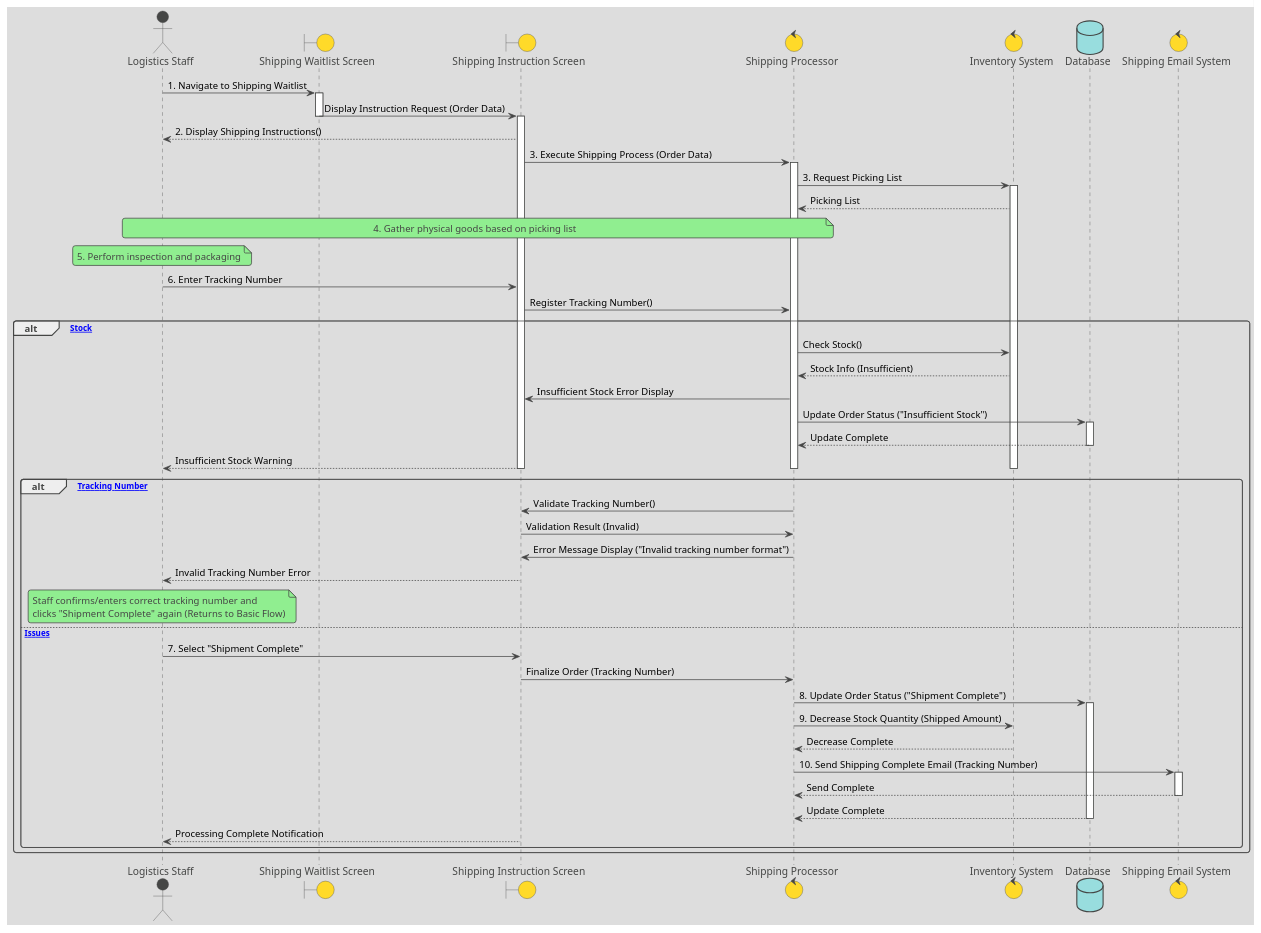
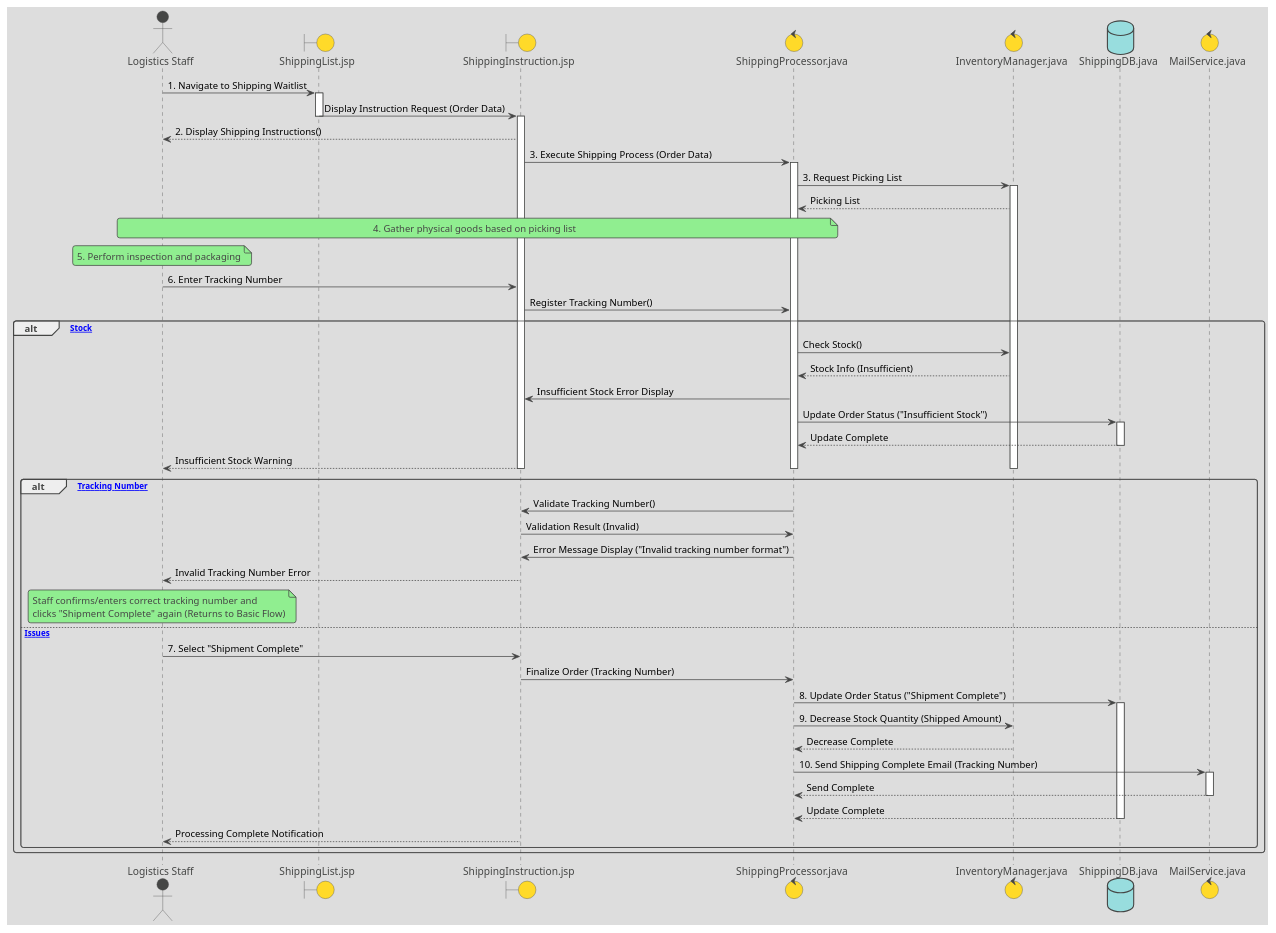
The diagram in Sequence_tyumon.pu (mameiku/group3-4), drawn with PlantUML before and after one commit. The commit also changed 3 other files, not shown here.

```diff
--- a/Sequence_tyumon.pu
+++ b/Sequence_tyumon.pu
@@ -1,114 +1,114 @@
 @startuml ShippingPreparationSequenceDiagram
 !theme toy
 
 ' ====================================================================
-' Participant Definitions (Based on Use Case Description)
+' Participant Definitions (Using .jsp and .java notation)
 ' ====================================================================
 actor LogisticsStaff as "Logistics Staff"
-boundary ShippingListScreen as "Shipping Waitlist Screen"
-boundary ShippingInstructionScreen as "Shipping Instruction Screen"
-control ShippingProcessor as "Shipping Processor"
-control InventorySystem as "Inventory System"
-database Database as "Database"
-control MailSystem as "Shipping Email System"
+boundary ShippingListJSP as "ShippingList.jsp"
+boundary ShippingInstructionJSP as "ShippingInstruction.jsp"
+control ShippingProcessorJava as "ShippingProcessor.java"
+control InventoryManagerJava as "InventoryManager.java"
+database ShippingDBJava as "ShippingDB.java"
+control MailServiceJava as "MailService.java"
 
 ' ====================================================================
 ' Basic Flow
 ' ====================================================================
 
 ' 1. Logistics staff navigates from the management screen to the "Shipping Waitlist".
-LogisticsStaff -> ShippingListScreen : 1. Navigate to Shipping Waitlist
-activate ShippingListScreen
+LogisticsStaff -> ShippingListJSP : 1. Navigate to Shipping Waitlist
+activate ShippingListJSP
 
 ' 2. The system selects an order awaiting shipment and displays "Shipping Instructions".
-ShippingListScreen -> ShippingInstructionScreen : Display Instruction Request (Order Data)
-deactivate ShippingListScreen
-activate ShippingInstructionScreen
+ShippingListJSP -> ShippingInstructionJSP : Display Instruction Request (Order Data)
+deactivate ShippingListJSP
+activate ShippingInstructionJSP
 
-ShippingInstructionScreen --> LogisticsStaff : 2. Display Shipping Instructions()
+ShippingInstructionJSP --> LogisticsStaff : 2. Display Shipping Instructions()
 
 ' 3. The system executes the shipping process based on the order and creates a picking list.
-ShippingInstructionScreen -> ShippingProcessor : 3. Execute Shipping Process (Order Data)
-activate ShippingProcessor
+ShippingInstructionJSP -> ShippingProcessorJava : 3. Execute Shipping Process (Order Data)
+activate ShippingProcessorJava
 
-ShippingProcessor -> InventorySystem : 3. Request Picking List
-activate InventorySystem
-InventorySystem --> ShippingProcessor : Picking List
+ShippingProcessorJava -> InventoryManagerJava : 3. Request Picking List
+activate InventoryManagerJava
+InventoryManagerJava --> ShippingProcessorJava : Picking List
 
 ' 4. The actor gathers physical goods from the warehouse based on the picking list.
-Note over LogisticsStaff, ShippingProcessor : 4. Gather physical goods based on picking list
+Note over LogisticsStaff, ShippingProcessorJava : 4. Gather physical goods based on picking list
 
 ' 5. The actor inspects and packs the goods.
 Note over LogisticsStaff : 5. Perform inspection and packaging
 
 ' 6. The actor issues the shipping slip and enters the tracking number into the system.
-LogisticsStaff -> ShippingInstructionScreen : 6. Enter Tracking Number
-ShippingInstructionScreen -> ShippingProcessor : Register Tracking Number()
+LogisticsStaff -> ShippingInstructionJSP : 6. Enter Tracking Number
+ShippingInstructionJSP -> ShippingProcessorJava : Register Tracking Number()
 
 ' --- Alternative Flow 1: Cannot ship due to insufficient stock (Fork at Basic Flow 3) ---
 alt [Insufficient Stock]
     ' Basic Flow 3. System checks stock.
-    ShippingProcessor -> InventorySystem : Check Stock()
-    InventorySystem --> ShippingProcessor : Stock Info (Insufficient)
+    ShippingProcessorJava -> InventoryManagerJava : Check Stock()
+    InventoryManagerJava --> ShippingProcessorJava : Stock Info (Insufficient)
     
     ' Alt 1-1. System detects insufficient stock during processing.
-    ShippingProcessor -> ShippingInstructionScreen : Insufficient Stock Error Display
+    ShippingProcessorJava -> ShippingInstructionJSP : Insufficient Stock Error Display
     
     ' Alt 1-2. System updates the order status to "Insufficient Stock".
-    ShippingProcessor -> Database : Update Order Status ("Insufficient Stock")
-    activate Database
-    Database --> ShippingProcessor : Update Complete
-    deactivate Database
+    ShippingProcessorJava -> ShippingDBJava : Update Order Status ("Insufficient Stock")
+    activate ShippingDBJava
+    ShippingDBJava --> ShippingProcessorJava : Update Complete
+    deactivate ShippingDBJava
 
     ' Alt 1-3. Display warning message to the actor.
-    ShippingInstructionScreen --> LogisticsStaff : Insufficient Stock Warning
+    ShippingInstructionJSP --> LogisticsStaff : Insufficient Stock Warning
 
-    deactivate InventorySystem
-    deactivate ShippingProcessor
-    deactivate ShippingInstructionScreen
+    deactivate InventoryManagerJava
+    deactivate ShippingProcessorJava
+    deactivate ShippingInstructionJSP
 
 ' --- Alternative Flow 2: Invalid format for tracking number (Fork at Basic Flow 6) ---
 alt [Invalid Tracking Number]
-    ShippingProcessor -> ShippingInstructionScreen : Validate Tracking Number()
-    ShippingInstructionScreen -> ShippingProcessor : Validation Result (Invalid)
+    ShippingProcessorJava -> ShippingInstructionJSP : Validate Tracking Number()
+    ShippingInstructionJSP -> ShippingProcessorJava : Validation Result (Invalid)
 
     ' Alt 2-1. System displays an error message.
-    ShippingProcessor -> ShippingInstructionScreen : Error Message Display ("Invalid tracking number format")
-    deactivate ShippingProcessor
-    ShippingInstructionScreen --> LogisticsStaff : Invalid Tracking Number Error
+    ShippingProcessorJava -> ShippingInstructionJSP : Error Message Display ("Invalid tracking number format")
+    deactivate ShippingProcessorJava
+    ShippingInstructionJSP --> LogisticsStaff : Invalid Tracking Number Error
     
     Note over LogisticsStaff : Staff confirms/enters correct tracking number and\nclicks "Shipment Complete" again (Returns to Basic Flow)
-    deactivate ShippingInstructionScreen
+    deactivate ShippingInstructionJSP
     
 else [No Issues]
     ' 7. The actor selects the "Shipment Complete" button.
-    LogisticsStaff -> ShippingInstructionScreen : 7. Select "Shipment Complete"
-    ShippingInstructionScreen -> ShippingProcessor : Finalize Order (Tracking Number)
+    LogisticsStaff -> ShippingInstructionJSP : 7. Select "Shipment Complete"
+    ShippingInstructionJSP -> ShippingProcessorJava : Finalize Order (Tracking Number)
     
     ' 8. The system updates the order status to "Shipment Complete".
-    ShippingProcessor -> Database : 8. Update Order Status ("Shipment Complete")
-    activate Database
+    ShippingProcessorJava -> ShippingDBJava : 8. Update Order Status ("Shipment Complete")
+    activate ShippingDBJava
 
     ' 9. The system reduces the stock quantity of the shipped goods.
-    ShippingProcessor -> InventorySystem : 9. Decrease Stock Quantity (Shipped Amount)
-    InventorySystem --> ShippingProcessor : Decrease Complete
-    deactivate InventorySystem
+    ShippingProcessorJava -> InventoryManagerJava : 9. Decrease Stock Quantity (Shipped Amount)
+    InventoryManagerJava --> ShippingProcessorJava : Decrease Complete
+    deactivate InventoryManagerJava
 
     ' 10. The system automatically sends a shipping completion email including the tracking number to the customer.
-    ShippingProcessor -> MailSystem : 10. Send Shipping Complete Email (Tracking Number)
-    activate MailSystem
-    MailSystem --> ShippingProcessor : Send Complete
-    deactivate MailSystem
+    ShippingProcessorJava -> MailServiceJava : 10. Send Shipping Complete Email (Tracking Number)
+    activate MailServiceJava
+    MailServiceJava --> ShippingProcessorJava : Send Complete
+    deactivate MailServiceJava
 
-    Database --> ShippingProcessor : Update Complete
-    deactivate Database
+    ShippingDBJava --> ShippingProcessorJava : Update Complete
+    deactivate ShippingDBJava
     
     ' Post-condition: Update screen display and return to list.
-    deactivate ShippingProcessor
-    ShippingInstructionScreen --> LogisticsStaff : Processing Complete Notification
-    deactivate ShippingInstructionScreen
+    deactivate ShippingProcessorJava
+    ShippingInstructionJSP --> LogisticsStaff : Processing Complete Notification
+    deactivate ShippingInstructionJSP
 
 end ' Close Alternative Flow 2 alt
 end ' Close Alternative Flow 1 alt
 
 @enduml
```
